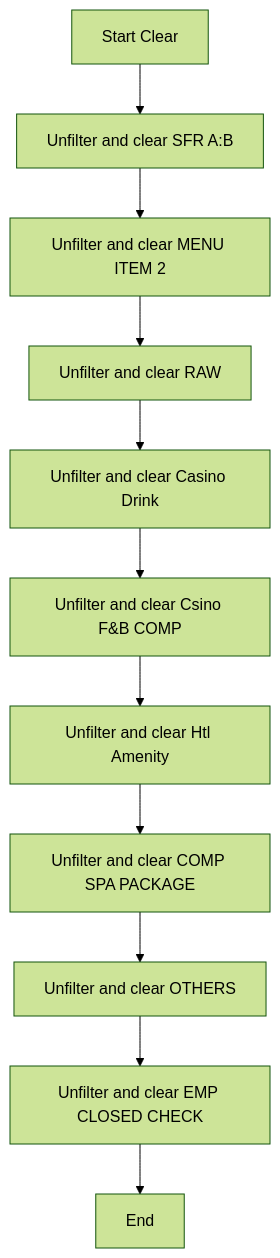
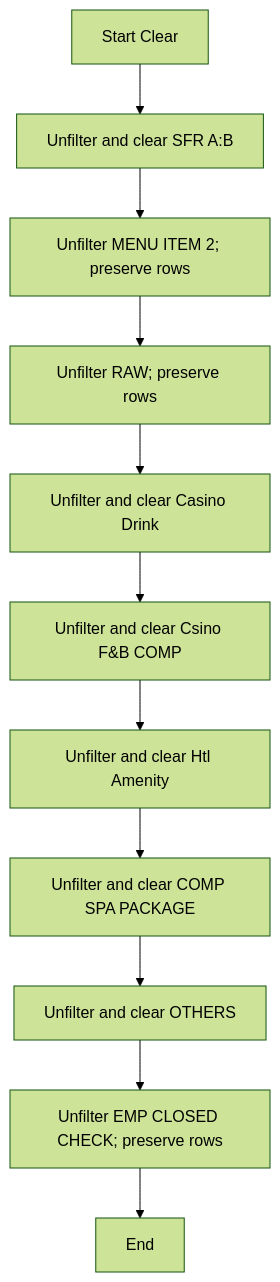
Before and after one commit to moonstarph23/Common-Script: diagram 15 of 16 in Other Comps/VBA_DOCUMENTATION.md, drawn with Mermaid (forest theme). The commit also changed other lines of this file and 10 other files, not shown here.

````diff
--- a/Other Comps/VBA_DOCUMENTATION.md
+++ b/Other Comps/VBA_DOCUMENTATION.md
@@ -728,13 +742,13 @@
 ```mermaid
 flowchart TD
     A["Start Clear"] --> B["Unfilter and clear SFR A:B"]
-    B --> C["Unfilter and clear MENU ITEM 2"]
-    C --> D["Unfilter and clear RAW"]
+    B --> C["Unfilter MENU ITEM 2; preserve rows"]
+    C --> D["Unfilter RAW; preserve rows"]
     D --> E["Unfilter and clear Casino Drink"]
     E --> F["Unfilter and clear Csino F&B COMP"]
     F --> G["Unfilter and clear Htl Amenity"]
     G --> H["Unfilter and clear COMP SPA PACKAGE"]
     H --> I["Unfilter and clear OTHERS"]
-    I --> J["Unfilter and clear EMP CLOSED CHECK"]
+    I --> J["Unfilter EMP CLOSED CHECK; preserve rows"]
     J --> K["End"]
 ```
````
